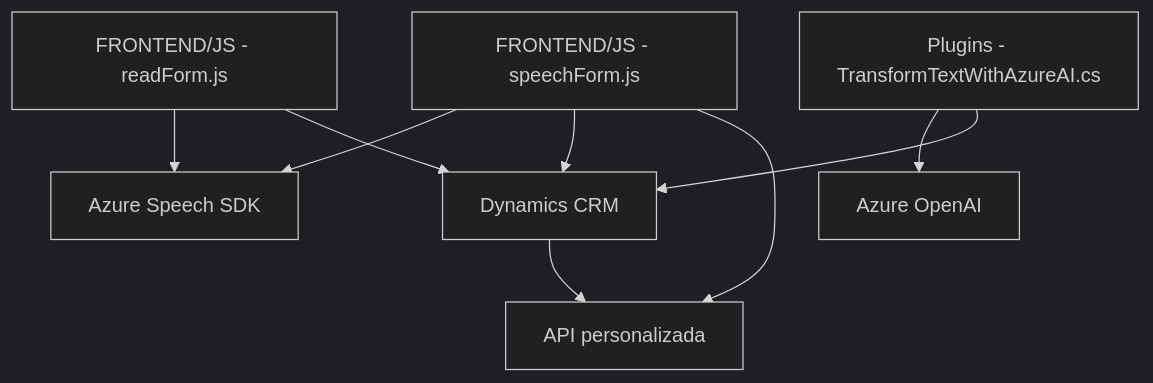
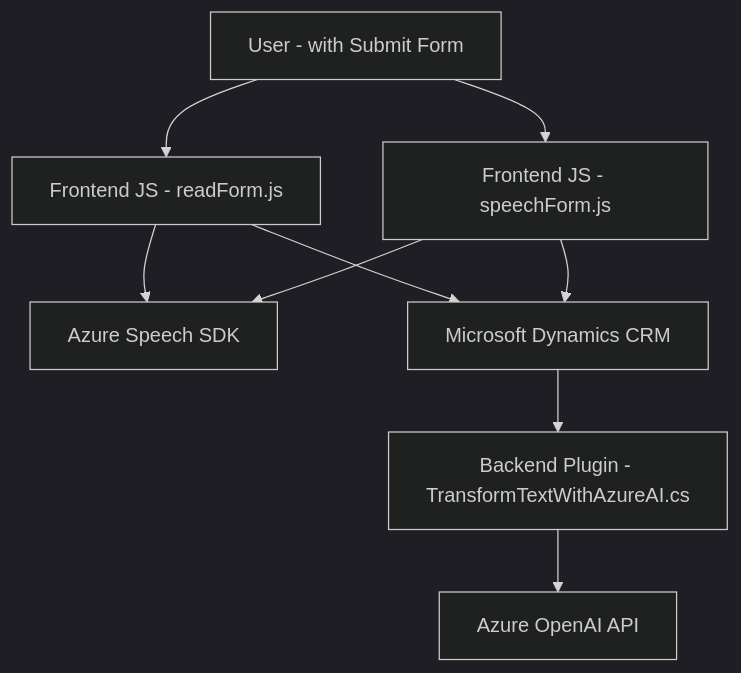
Before and after one commit to blopezdm/NETCORE_BILBAO2025: the diagram in README.md, drawn with Mermaid (dark theme). The commit also changed other lines of this file, not shown here.

````diff
--- a/README.md
+++ b/README.md
@@ -56,19 +39,19 @@
 ```mermaid
 graph TD
-  A["FRONTEND/JS - readForm.js"]
-  B["FRONTEND/JS - speechForm.js"]
-  C["Plugins - TransformTextWithAzureAI.cs"]
-  D["Azure Speech SDK"]
-  E["Azure OpenAI"]
-  F["Dynamics CRM"]
-  G["API personalizada"]
+    A["User - with Submit Form"]
+    B["Frontend JS - readForm.js"]
+    C["Frontend JS - speechForm.js"]
+    D["Azure Speech SDK"]
+    E["Backend Plugin - TransformTextWithAzureAI.cs"]
+    F["Microsoft Dynamics CRM"]
+    G["Azure OpenAI API"]
 
-  A --> D
-  A --> F
-  B --> D
-  B --> F
-  B --> G
-  C --> E
-  C --> F
-  F --> G
+    A --> B
+    A --> C
+    B --> D
+    C --> D
+    B --> F
+    C --> F
+    F --> E
+    E --> G
 ```
````
